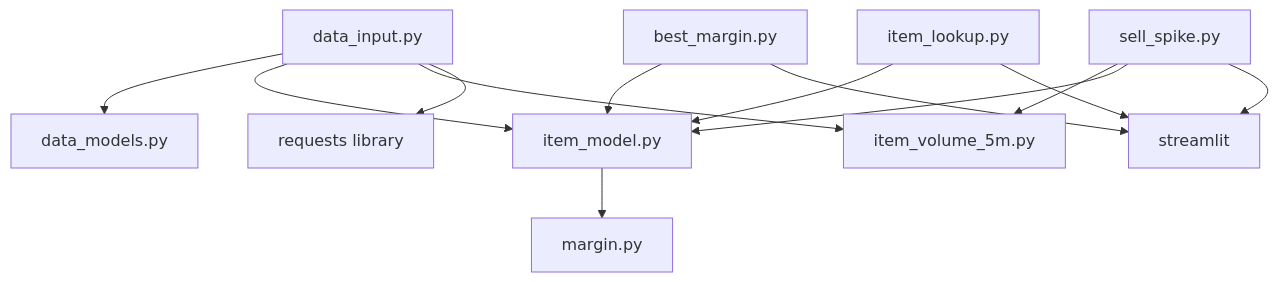
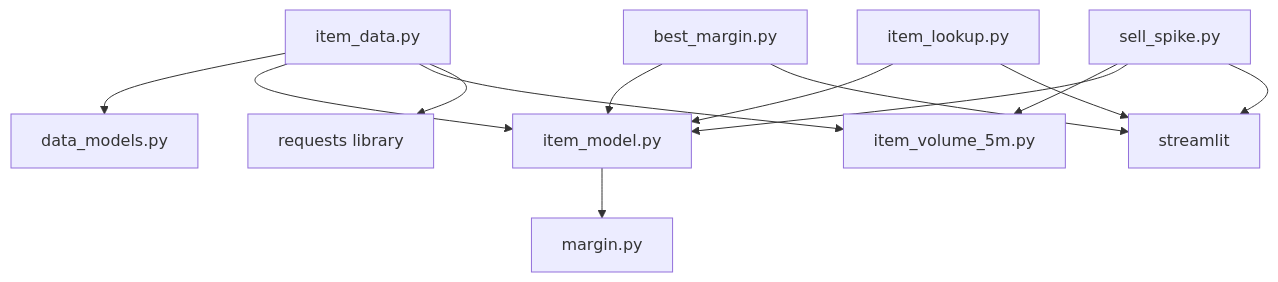
Before and after one commit to fisherrjd/osrs_ge: the third of 3 diagrams in .sop/summary/components.md, drawn with Mermaid. The commit also changed other lines of this file and 34 other files, not shown here.

Commit message:
migrate aggregator -> backend and data_input.py -> item_data.py

````diff
--- a/.sop/summary/components.md
+++ b/.sop/summary/components.md
@@ -263,19 +263,19 @@
 ```mermaid
 graph TD
-    DataInput[data_input.py] --> DataModels[data_models.py]
+    DataInput[item_data.py] --> DataModels[data_models.py]
     DataInput --> ItemModel[item_model.py]
     DataInput --> ItemVolume[item_volume_5m.py]
     DataInput --> Requests[requests library]
 
     ItemModel --> Margin[margin.py]
 
     BestMargin[best_margin.py] --> ItemModel
     BestMargin --> Streamlit[streamlit]
 
     ItemLookup[item_lookup.py] --> ItemModel
     ItemLookup --> Streamlit
 
     SellSpike[sell_spike.py] --> ItemVolume
     SellSpike --> ItemModel
     SellSpike --> Streamlit
 ```
````
